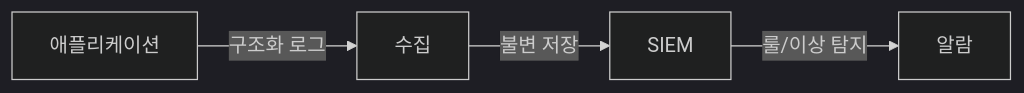
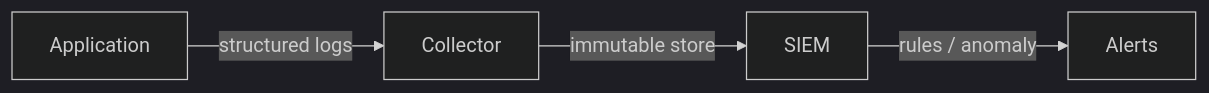
Before and after one commit to yeongseon-books/book-content: the diagram in content/information-security-101/ko/09-logging-and-audit.md, drawn with Mermaid (dark theme). The commit also changed other lines of this file and 9 other files, not shown here.

````diff
--- a/content/information-security-101/ko/09-logging-and-audit.md
+++ b/content/information-security-101/ko/09-logging-and-audit.md
@@ -36,6 +50,6 @@
 ```mermaid
 flowchart LR
-    A["애플리케이션"] -->|"구조화 로그"| L["수집"]
-    L -->|"불변 저장"| S["SIEM"]
-    S -->|"룰/이상 탐지"| AL["알람"]
+    A["Application"] -->|"structured logs"| L["Collector"]
+    L -->|"immutable store"| S["SIEM"]
+    S -->|"rules / anomaly"| AL["Alerts"]
 ```
````
